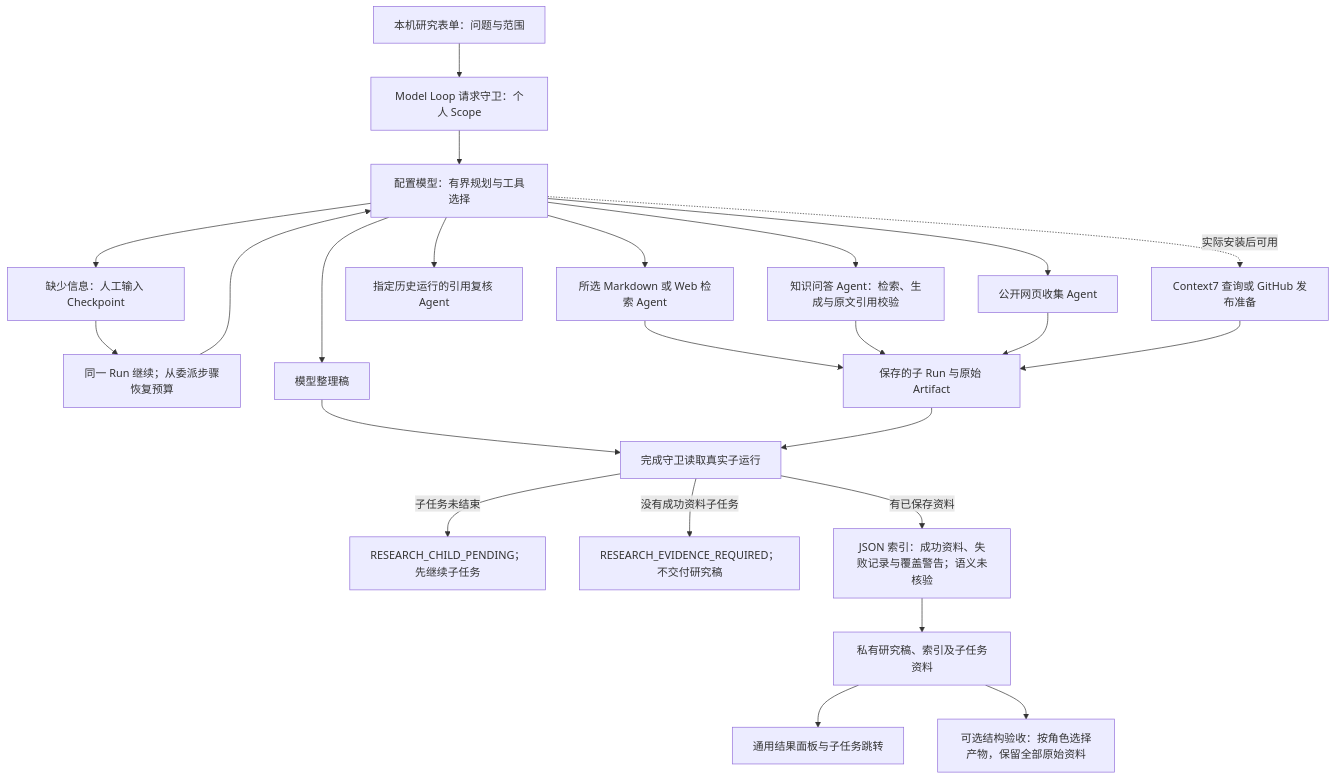
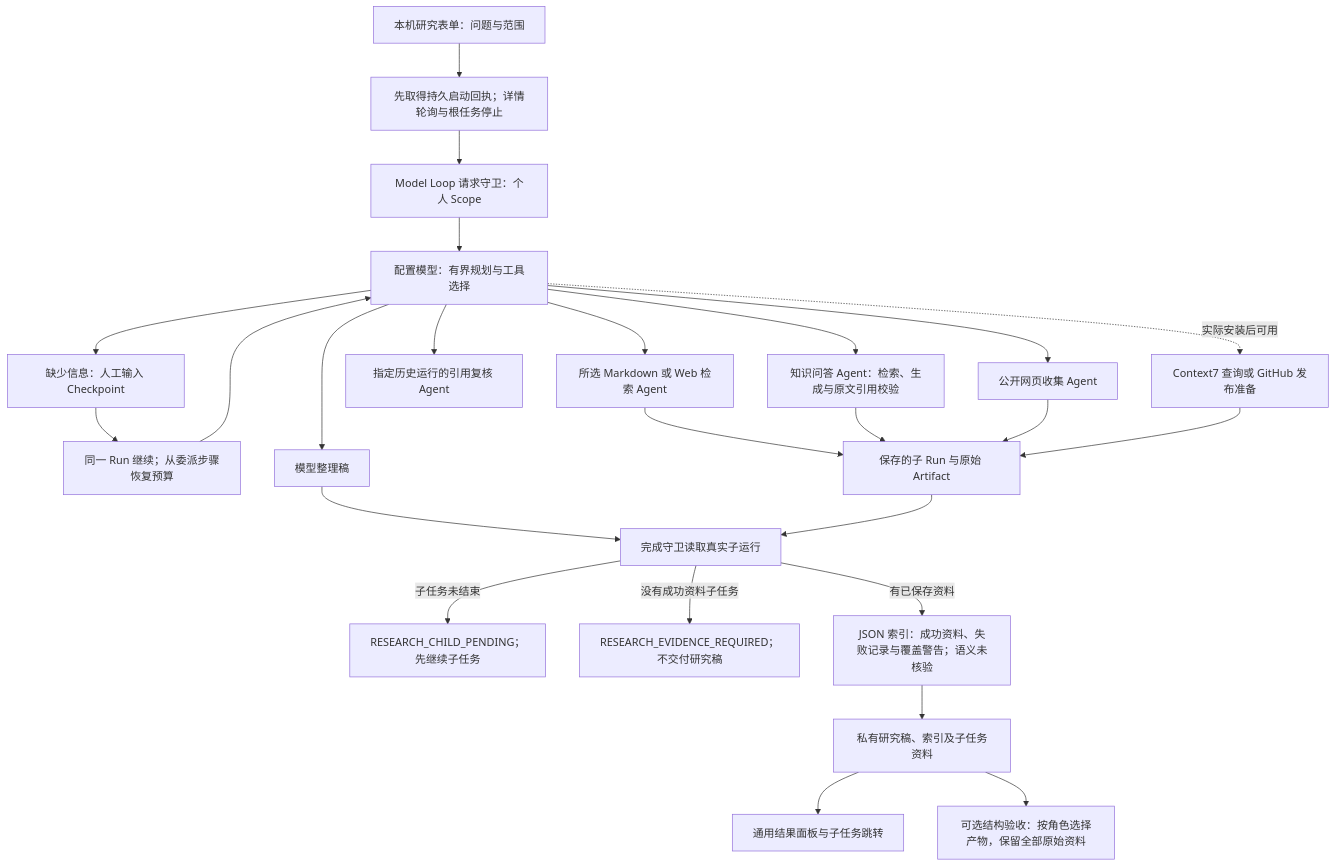
One commit to KlayPeter/AI-Delivery-Ops-Agent changed the first of 3 diagrams in backend/src/agents/personal-research/FEATURE.md. Above: the diagram before and after it, drawn with Mermaid. The commit also changed other lines of this file and 29 other files, not shown here.

````diff
--- a/backend/src/agents/personal-research/FEATURE.md
+++ b/backend/src/agents/personal-research/FEATURE.md
@@ -20,26 +20,27 @@
 ```mermaid
 flowchart TD
-    U[本机研究表单：问题与范围] --> R[Model Loop 请求守卫：个人 Scope]
+    U[本机研究表单：问题与范围] --> ACK[先取得持久启动回执；详情轮询与根任务停止]
+    ACK --> R[Model Loop 请求守卫：个人 Scope]
     R --> M[配置模型：有界规划与工具选择]
     M --> S[所选 Markdown 或 Web 检索 Agent]
     M --> A[知识问答 Agent：检索、生成与原文引用校验]
     M --> W[公开网页收集 Agent]
     M --> I[指定历史运行的引用复核 Agent]
     M -. 实际安装后可用 .-> O[Context7 查询或 GitHub 发布准备]
     M --> H[缺少信息：人工输入 Checkpoint]
     H --> RES[同一 Run 继续；从委派步骤恢复预算]
     RES --> M
     S --> CHILD[保存的子 Run 与原始 Artifact]
     A --> CHILD
     W --> CHILD
     O --> CHILD
     M --> DRAFT[模型整理稿]
     DRAFT --> C[完成守卫读取真实子运行]
     CHILD --> C
     C -- 子任务未结束 --> PENDING[RESEARCH_CHILD_PENDING；先继续子任务]
     C -- 没有成功资料子任务 --> FAIL[RESEARCH_EVIDENCE_REQUIRED；不交付研究稿]
     C -- 有已保存资料 --> INDEX[JSON 索引：成功资料、失败记录与覆盖警告；语义未核验]
     INDEX --> OUT[私有研究稿、索引及子任务资料]
     OUT --> UI[通用结果面板与子任务跳转]
     OUT --> QC[可选结构验收：按角色选择产物，保留全部原始资料]
 ```
````
